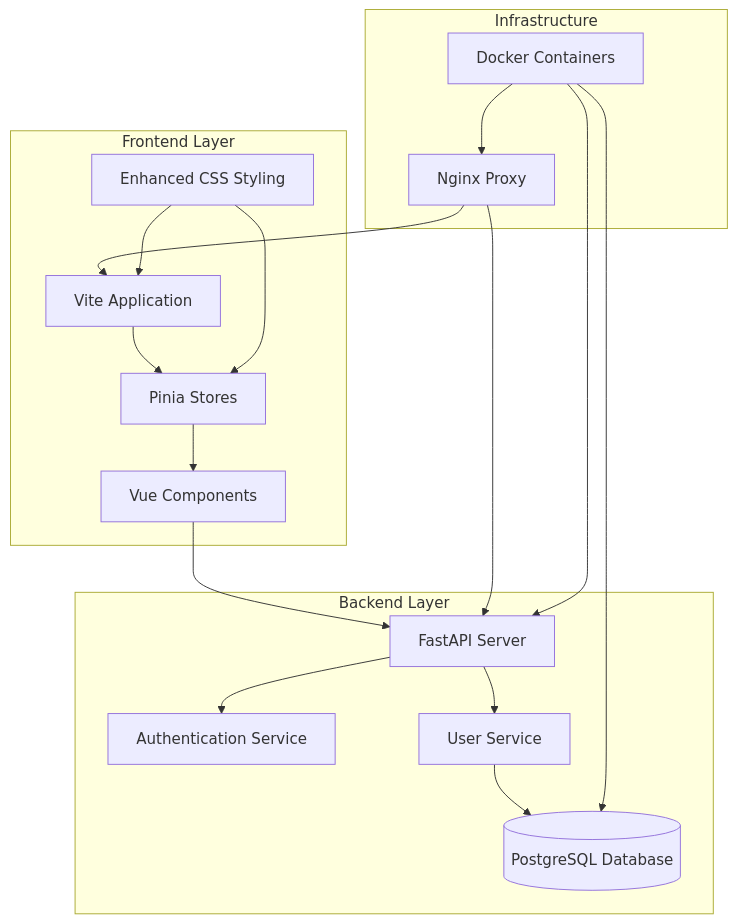
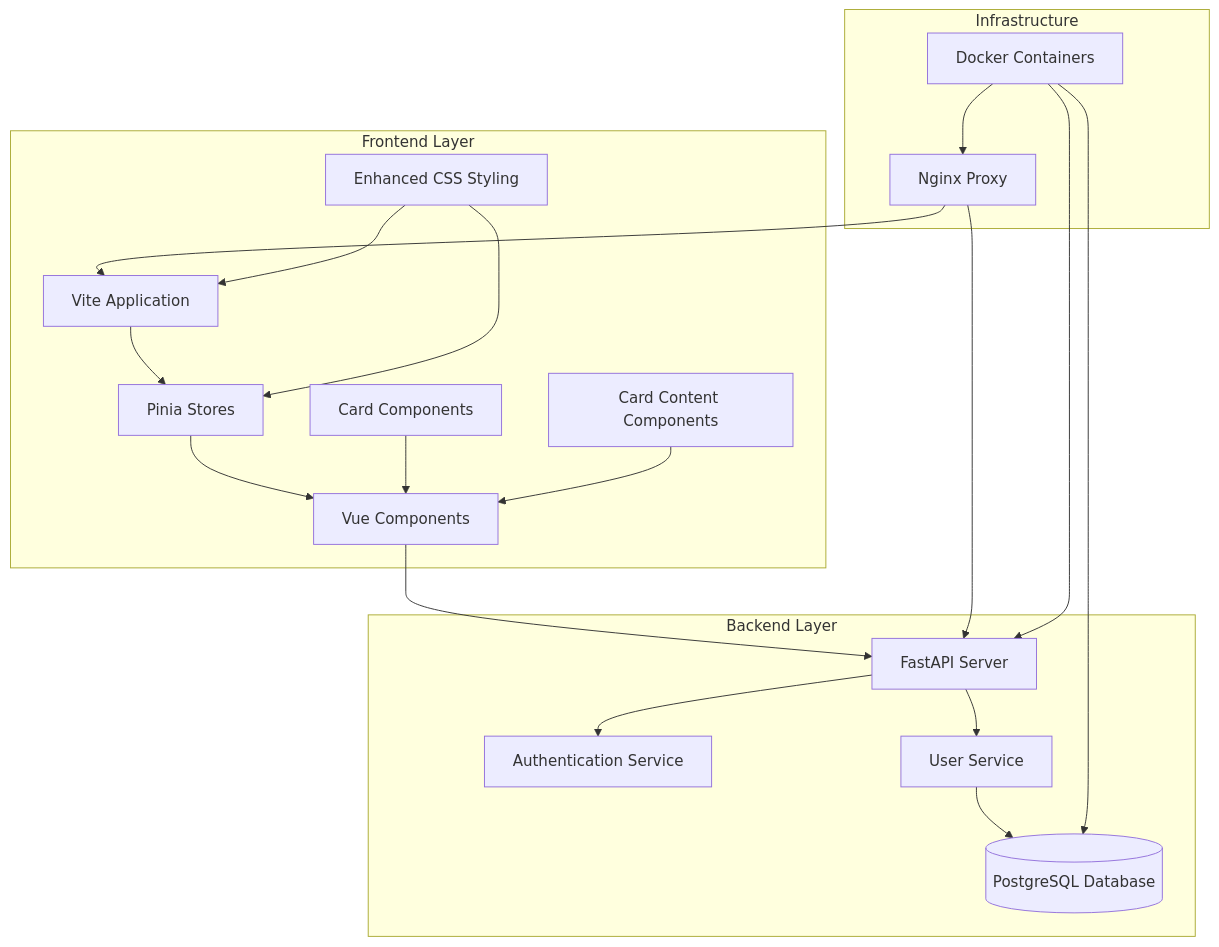
The first of 13 diagrams in .qoder/repowiki/en/content/Per-User Background Image System.md (Nikita5543/New-SSO-02), drawn with Mermaid before and after one commit. The commit also changed other lines of this file and 3 other files, not shown here.

````diff
--- a/.qoder/repowiki/en/content/Per-User Background Image System.md
+++ b/.qoder/repowiki/en/content/Per-User Background Image System.md
@@ -56,32 +59,36 @@
 ```mermaid
 graph TB
 subgraph "Frontend Layer"
 FE[Vite Application]
 Store[Pinia Stores]
 UI[Vue Components]
 CSS[Enhanced CSS Styling]
+Card[Card Components]
+CardContent[Card Content Components]
 end
 subgraph "Backend Layer"
 API[FastAPI Server]
 Auth[Authentication Service]
 UserSvc[User Service]
 DB[(PostgreSQL Database)]
 end
 subgraph "Infrastructure"
 Nginx[Nginx Proxy]
 Docker[Docker Containers]
 end
 FE --> Store
 Store --> UI
 UI --> API
 API --> Auth
 API --> UserSvc
 UserSvc --> DB
 Nginx --> API
 Nginx --> FE
 Docker --> Nginx
 Docker --> API
 Docker --> DB
 CSS --> FE
 CSS --> Store
+Card --> UI
+CardContent --> UI
 ```
````
